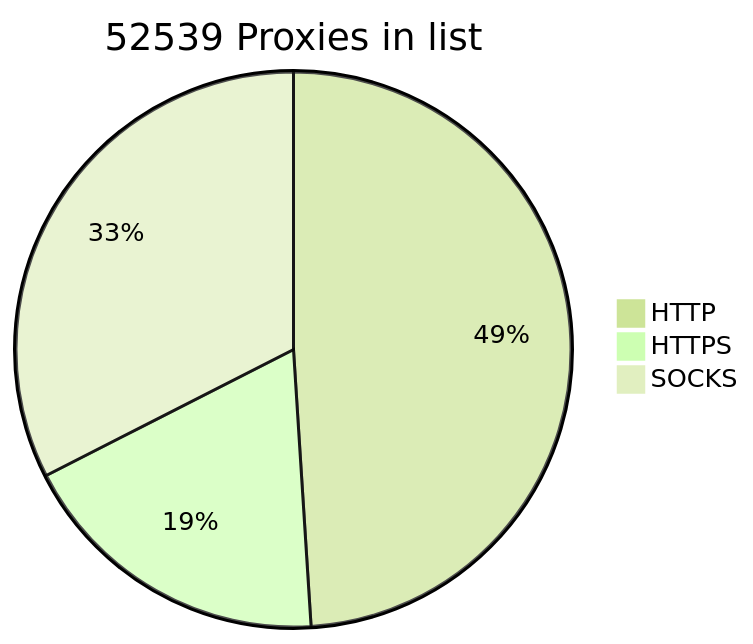
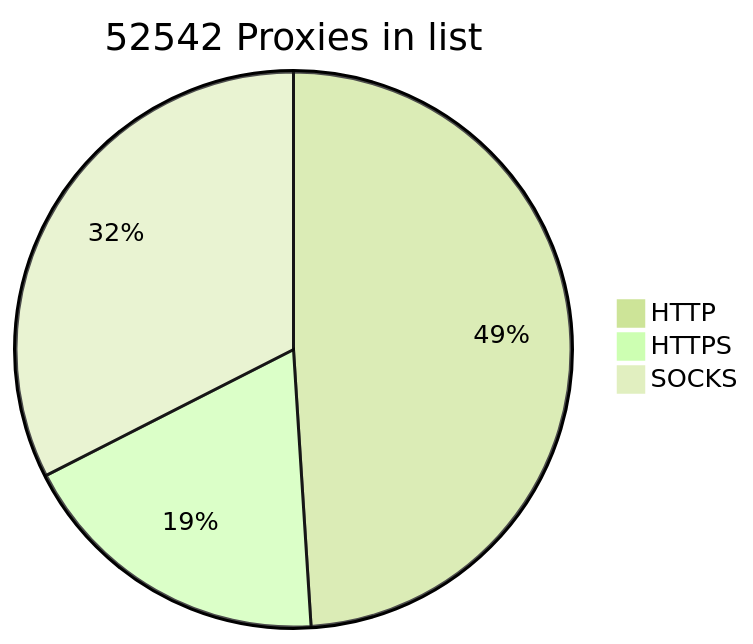
Before and after one commit to BlackSnowDot/proxylist-update-every-minute: the diagram in README.md, drawn with Mermaid (forest theme).

````diff
--- a/README.md
+++ b/README.md
@@ -2,6 +2,6 @@
 ```mermaid
-pie title 52539 Proxies in list
-    "HTTP" : 28947
-    "HTTPS": 10937
+pie title 52542 Proxies in list
+    "HTTP" : 28952
+    "HTTPS": 10941
     "SOCKS" : 19204
 ```
````
